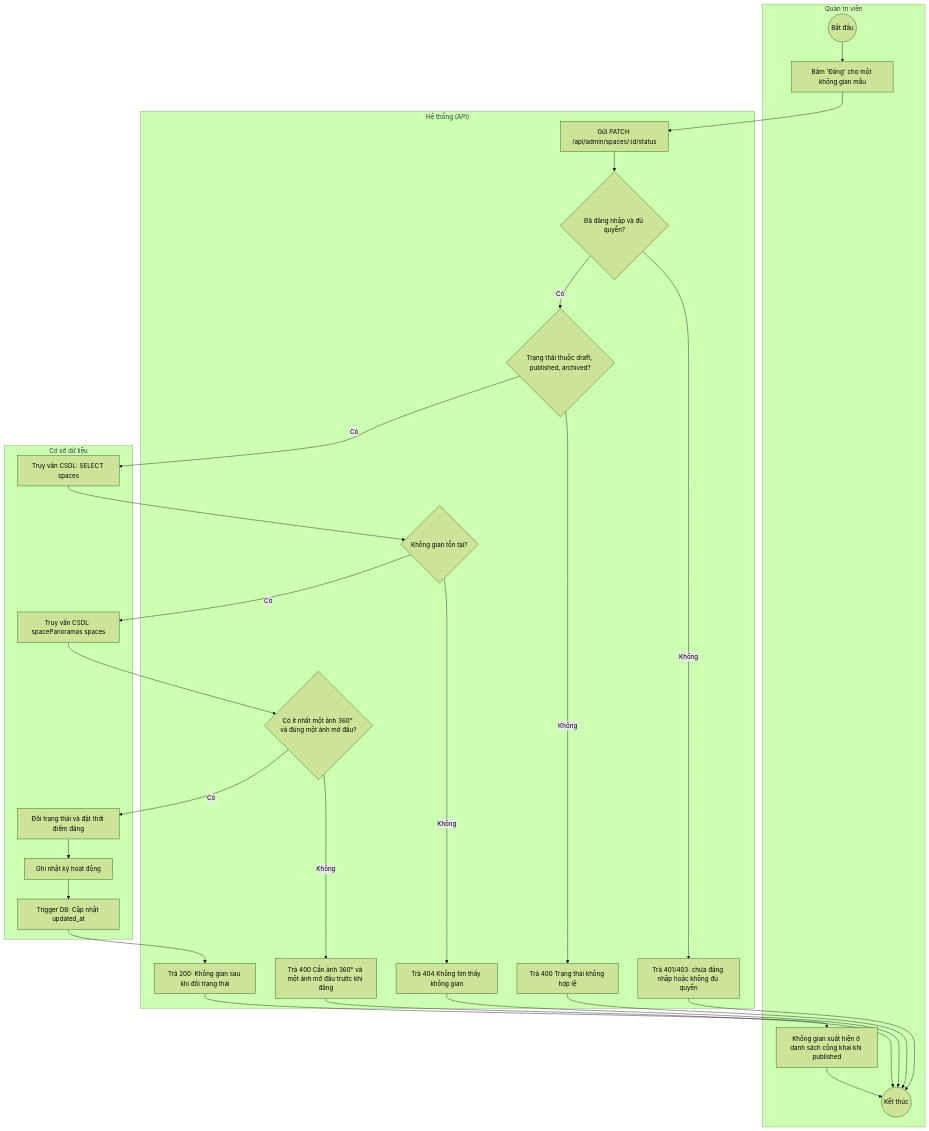
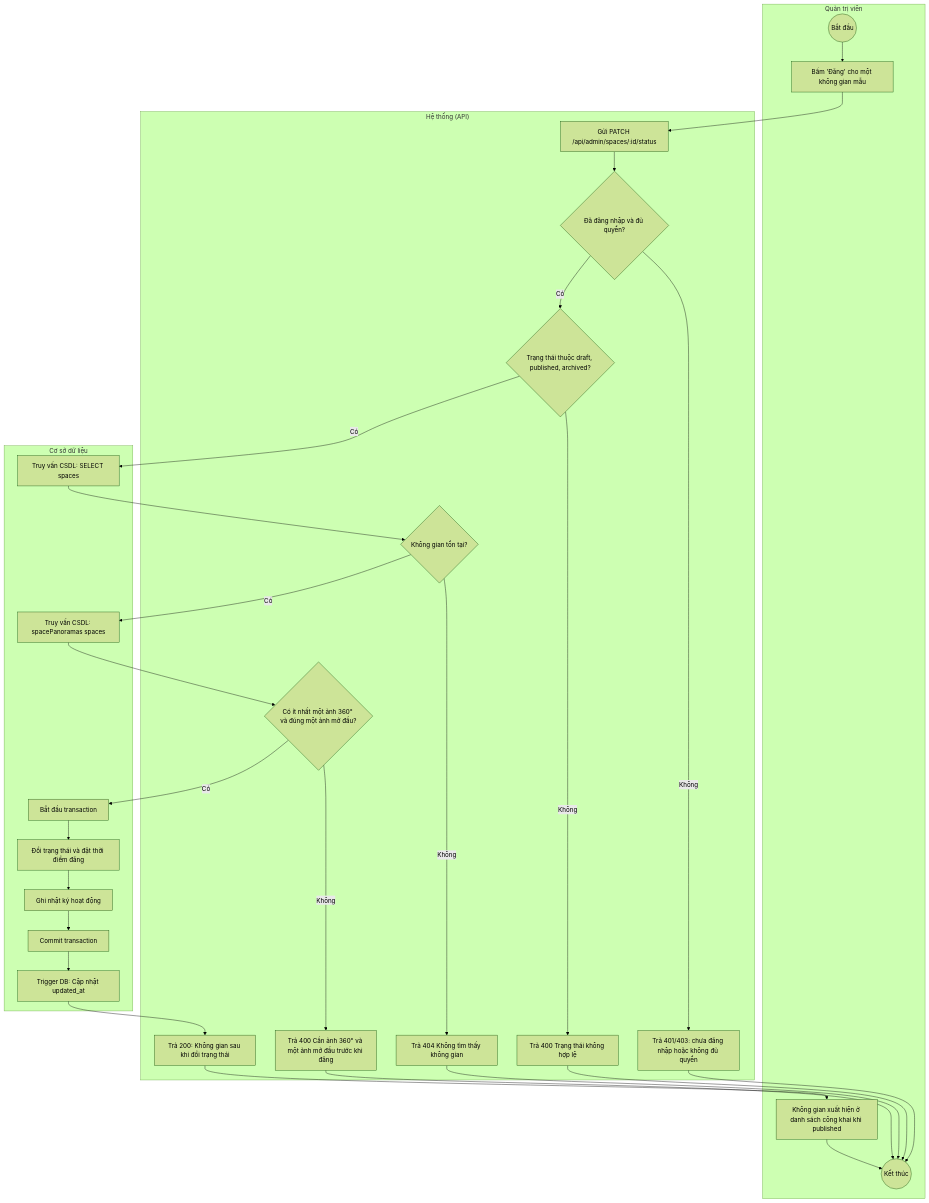
One commit to 2431540234-arch/XDUDTMDT changed the diagram in docs/diagrams/src/activity_UC-ADM-15_quan-ly-khong-gian-mau-va-anh-360.mmd. Above: the diagram before and after it, drawn with Mermaid (forest theme). The commit also changed 49 other files, not shown here.

Commit message:
docs(diagrams): thêm transaction cho UC-ADM, nhánh LOD vượt ngưỡng, kiến trúc dùng ELK

```diff
--- a/docs/diagrams/src/activity_UC-ADM-15_quan-ly-khong-gian-mau-va-anh-360.mmd
+++ b/docs/diagrams/src/activity_UC-ADM-15_quan-ly-khong-gian-mau-va-anh-360.mmd
@@ -1,48 +1,52 @@
 flowchart TD
     subgraph LANE_A["Quản trị viên"]
         n1(("Bắt đầu"))
         n2["Bấm 'Đăng' cho một không gian mẫu"]
         n18["Không gian xuất hiện ở danh sách công khai khi published"]
         n19(("Kết thúc"))
     end
     subgraph LANE_S["Hệ thống (API)"]
         n3["Gửi PATCH /api/admin/spaces/:id/status"]
         n4{"Đã đăng nhập và đủ quyền?"}
         n5["Trả 401/403: chưa đăng nhập hoặc không đủ quyền"]
         n6{"Trạng thái thuộc draft, published, archived?"}
         n7["Trả 400 Trạng thái không hợp lệ"]
         n9{"Không gian tồn tại?"}
         n10["Trả 404 Không tìm thấy không gian"]
         n12{"Có ít nhất một ảnh 360° và đúng một ảnh mở đầu?"}
         n13["Trả 400 Cần ảnh 360° và một ảnh mở đầu trước khi đăng"]
         n17["Trả 200: Không gian sau khi đổi trạng thái"]
     end
     subgraph LANE_D["Cơ sở dữ liệu"]
         n8["Truy vấn CSDL: SELECT spaces"]
         n11["Truy vấn CSDL: spacePanoramas spaces"]
+        n20["Bắt đầu transaction"]
         n14["Đổi trạng thái và đặt thời điểm đăng"]
         n15["Ghi nhật ký hoạt động"]
+        n21["Commit transaction"]
         n16["Trigger DB: Cập nhật updated_at"]
     end
     n1 --> n2
     n2 --> n3
     n3 --> n4
     n4 -->|"Không"| n5
     n4 -->|"Có"| n6
     n6 -->|"Không"| n7
     n6 -->|"Có"| n8
     n8 --> n9
     n9 -->|"Không"| n10
     n9 -->|"Có"| n11
     n11 --> n12
     n12 -->|"Không"| n13
-    n12 -->|"Có"| n14
+    n12 -->|"Có"| n20
+    n20 --> n14
     n14 --> n15
-    n15 --> n16
+    n15 --> n21
+    n21 --> n16
     n16 --> n17
     n17 --> n18
     n18 --> n19
     n5 --> n19
     n7 --> n19
     n10 --> n19
     n13 --> n19
```
